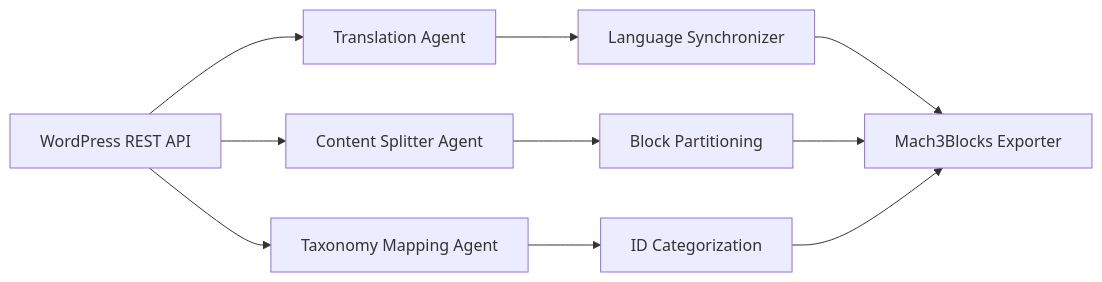
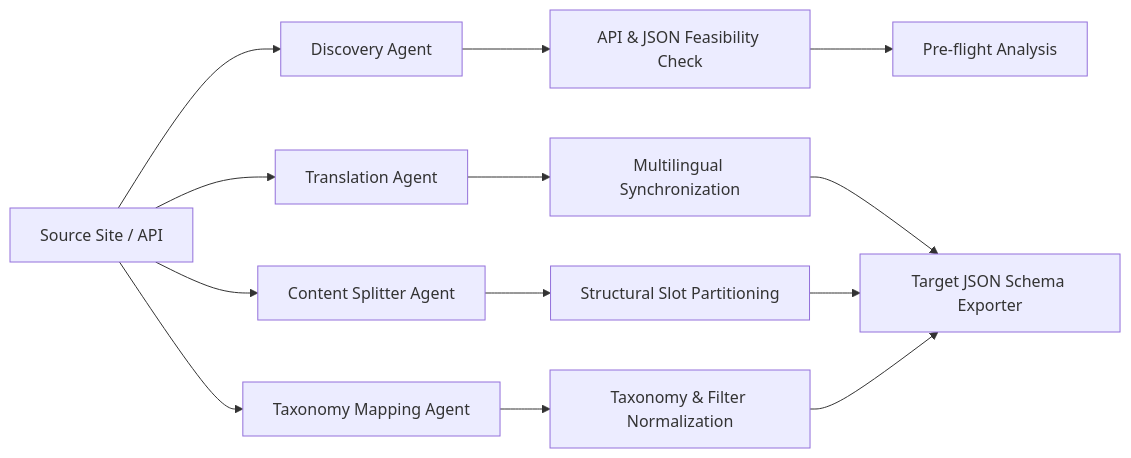
One commit to kirill-talk/content-parser changed the diagram in agents.md. Above: the diagram before and after it, drawn with Mermaid. The commit also changed other lines of this file and 1 other file, not shown here.

First line of the commit message:
docs: generalize documentation for universal content migration platform

````diff
--- a/agents.md
+++ b/agents.md
@@ -42,14 +41,17 @@
 ```mermaid
 flowchart LR
-    WP["WordPress REST API"] --> TA["Translation Agent"]
-    WP --> CA["Content Splitter Agent"]
-    WP --> TXA["Taxonomy Mapping Agent"]
+    SRC["Source Site / API"] --> DA["Discovery Agent"]
+    SRC --> TA["Translation Agent"]
+    SRC --> CA["Content Splitter Agent"]
+    SRC --> TXA["Taxonomy Mapping Agent"]
     
-    TA --> Sync["Language Synchronizer"]
-    CA --> Split["Block Partitioning"]
-    TXA --> Tax["ID Categorization"]
+    DA --> Caps["API & JSON Feasibility Check"]
+    TA --> Sync["Multilingual Synchronization"]
+    CA --> Split["Structural Slot Partitioning"]
+    TXA --> Tax["Taxonomy & Filter Normalization"]
     
-    Sync --> JSON["Mach3Blocks Exporter"]
+    Caps --> Matrix["Pre-flight Analysis"]
+    Sync --> JSON["Target JSON Schema Exporter"]
     Split --> JSON
     Tax --> JSON
 ```
````
